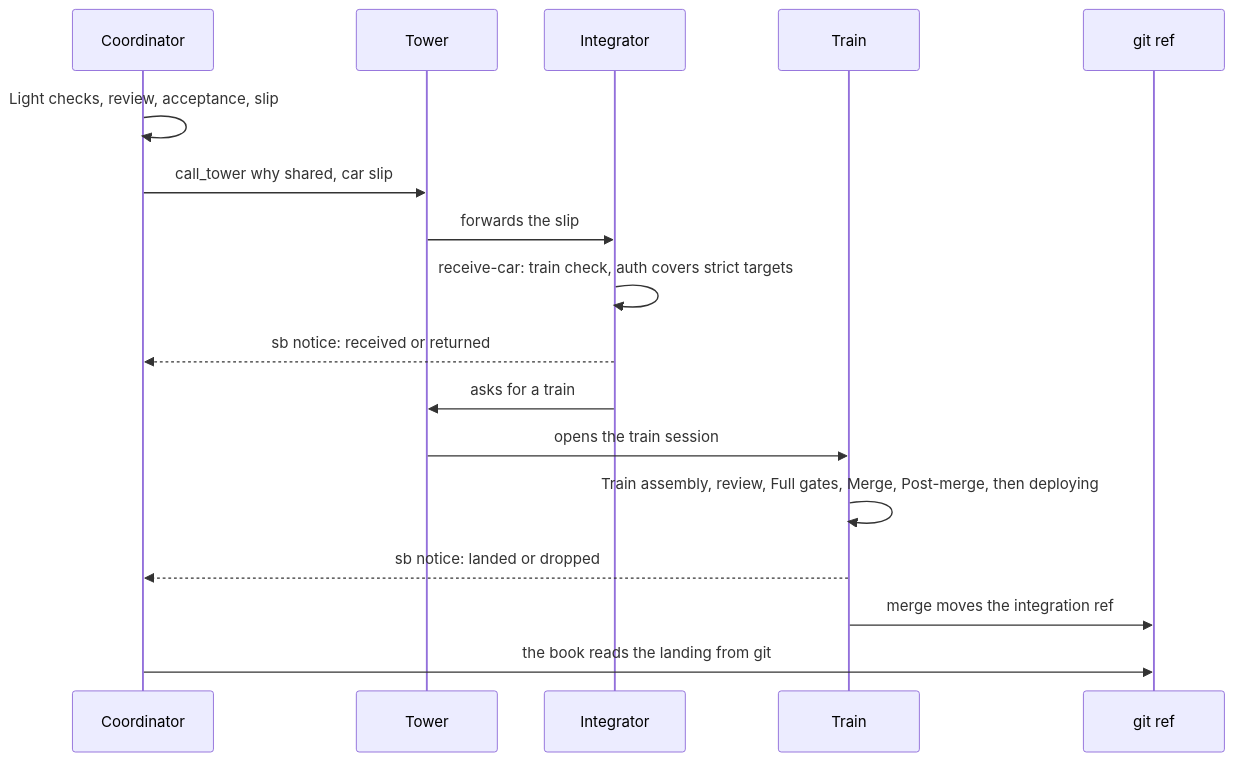
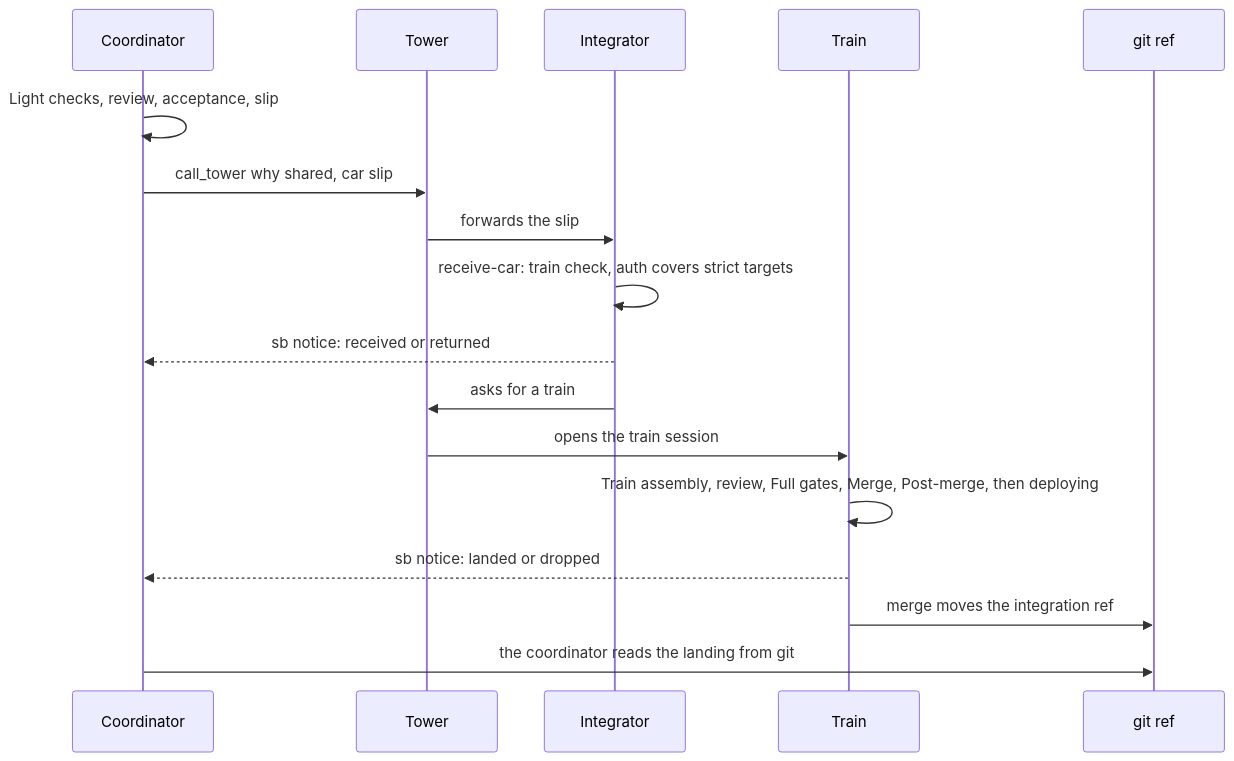
The second of 2 diagrams in site/src/content/docs/guide/with-straw-boss.md (wayne930242/anchorloop), drawn with Mermaid before and after one commit. The commit also changed other lines of this file and 250 other files, not shown here.

````diff
--- a/site/src/content/docs/guide/with-straw-boss.md
+++ b/site/src/content/docs/guide/with-straw-boss.md
@@ -71,19 +66,19 @@
 ```mermaid
 sequenceDiagram
   participant C as Coordinator
   participant T as Tower
   participant I as Integrator
   participant R as Train
   participant G as git ref
   C->>C: Light checks, review, acceptance, slip
   C->>T: call_tower why shared, car slip
   T->>I: forwards the slip
   I->>I: receive-car: train check, auth covers strict targets
   I-->>C: sb notice: received or returned
   I->>T: asks for a train
   T->>R: opens the train session
   R->>R: Train assembly, review, Full gates, Merge, Post-merge, then deploying
   R-->>C: sb notice: landed or dropped
   R->>G: merge moves the integration ref
-  C->>G: the book reads the landing from git
+  C->>G: the coordinator reads the landing from git
 ```
````
